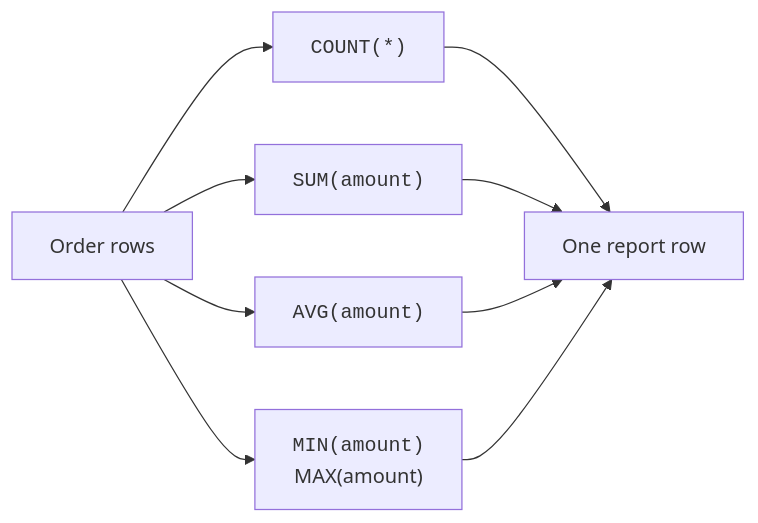
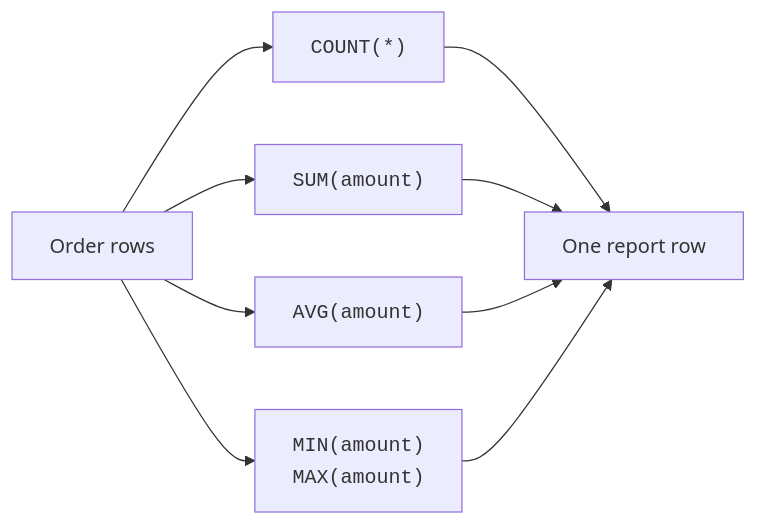
The third of 4 diagrams in content/courses/sqlite-for-beginners/aggregate-functions.mdx (dataslope/dataslope), drawn with Mermaid before and after one commit. The commit also changed 65 other files, not shown here.

First line of the commit message:
Set code in every mermaid label in the mono face

````diff
--- a/content/courses/sqlite-for-beginners/aggregate-functions.mdx
+++ b/content/courses/sqlite-for-beginners/aggregate-functions.mdx
@@ -227,11 +227,11 @@
 ```mermaid
 flowchart LR
     Data["Order rows"] --> Count["<code>COUNT(*)</code>"]
     Data --> Sum["<code>SUM(amount)</code>"]
     Data --> Avg["<code>AVG(amount)</code>"]
-    Data --> MinMax["<code>MIN(amount)</code><br/>MAX(amount)"]
+    Data --> MinMax["<code>MIN(amount)</code><br/><code>MAX(amount)</code>"]
     Count --> Report["One report row"]
     Sum --> Report
     Avg --> Report
     MinMax --> Report
 ```
````
